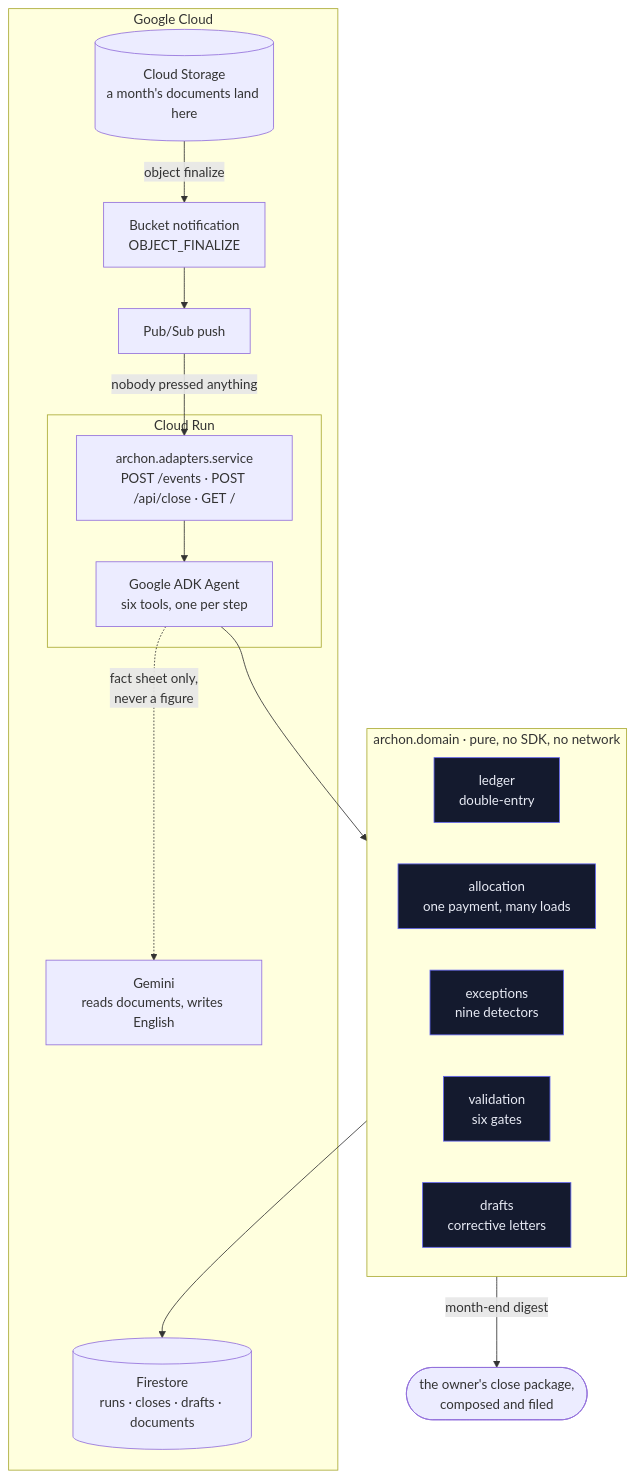
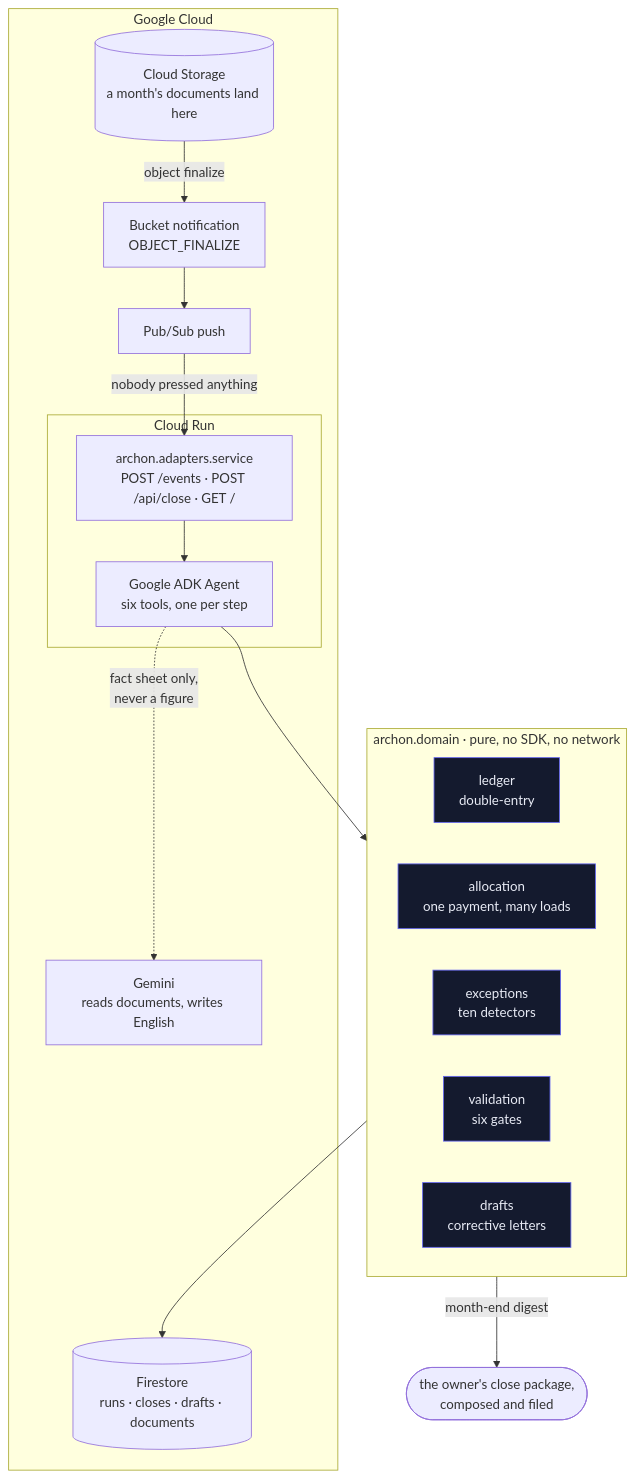
Before and after one commit to upgradedev/archon-gcp-agentic: the first of 2 diagrams in README.md, drawn with Mermaid. The commit also changed other lines of this file and 4 other files, not shown here.

First line of the commit message:
fix(claims): the detector count was nine in six places and had been ten since G6

````diff
--- a/README.md
+++ b/README.md
@@ -373,32 +373,32 @@
 ```mermaid
 flowchart TB
     subgraph gcp["Google Cloud"]
         gcs[("Cloud Storage<br/>a month's documents land here")]
         ea["Bucket notification<br/>OBJECT_FINALIZE"]
         ps["Pub/Sub push"]
         subgraph run["Cloud Run"]
             svc["archon.adapters.service<br/>POST /events · POST /api/close · GET /"]
             agent["Google ADK Agent<br/>six tools, one per step"]
         end
         fs[("Firestore<br/>runs · closes · drafts · documents")]
         gem["Gemini<br/>reads documents, writes English"]
     end
     owner(["the owner's close package,<br/>composed and filed"])
 
     gcs -->|object finalize| ea --> ps -->|nobody pressed anything| svc
     svc --> agent
     agent --> core
     subgraph core["archon.domain · pure, no SDK, no network"]
         ledger["ledger<br/>double-entry"]
         alloc["allocation<br/>one payment, many loads"]
-        exc["exceptions<br/>nine detectors"]
+        exc["exceptions<br/>ten detectors"]
         val["validation<br/>six gates"]
         draft["drafts<br/>corrective letters"]
     end
     core --> fs
     agent -.->|fact sheet only,<br/>never a figure| gem
     core -->|month-end digest| owner
 
     classDef pure fill:#141a2e,stroke:#6366f1,color:#e8ebf5
     class ledger,alloc,exc,val,draft pure
 ```
````
